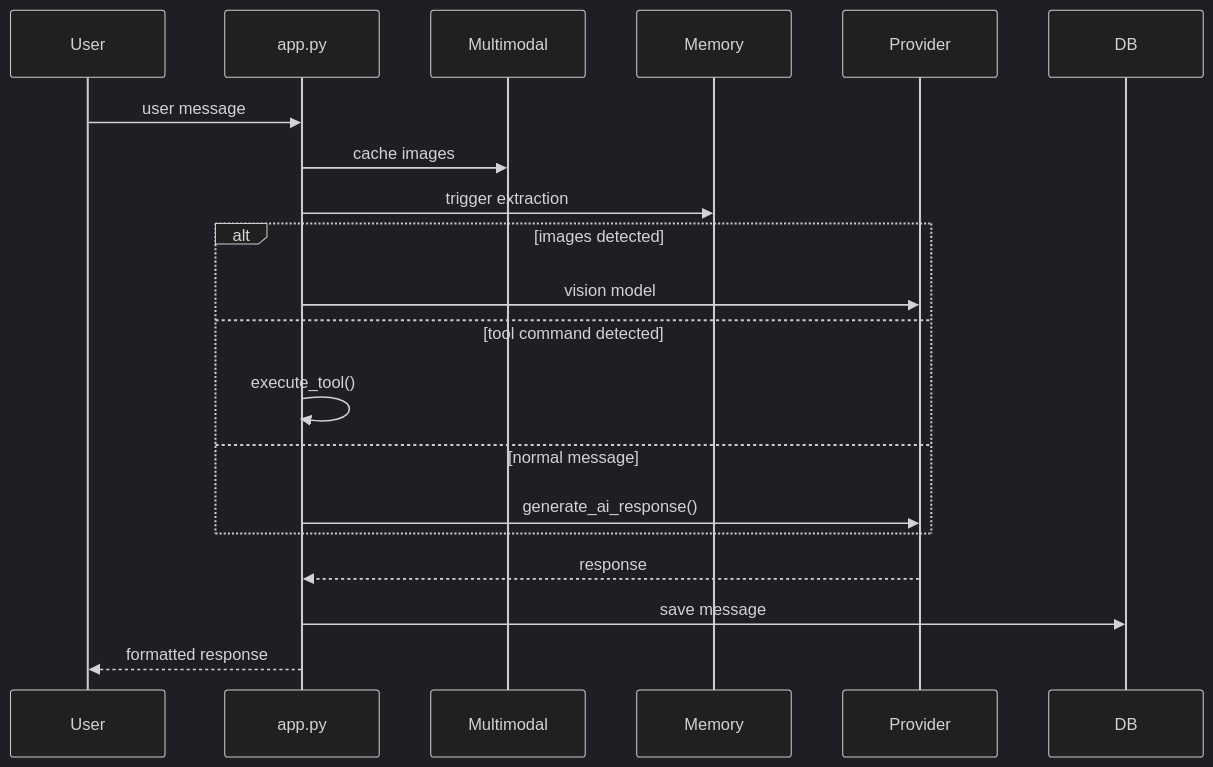
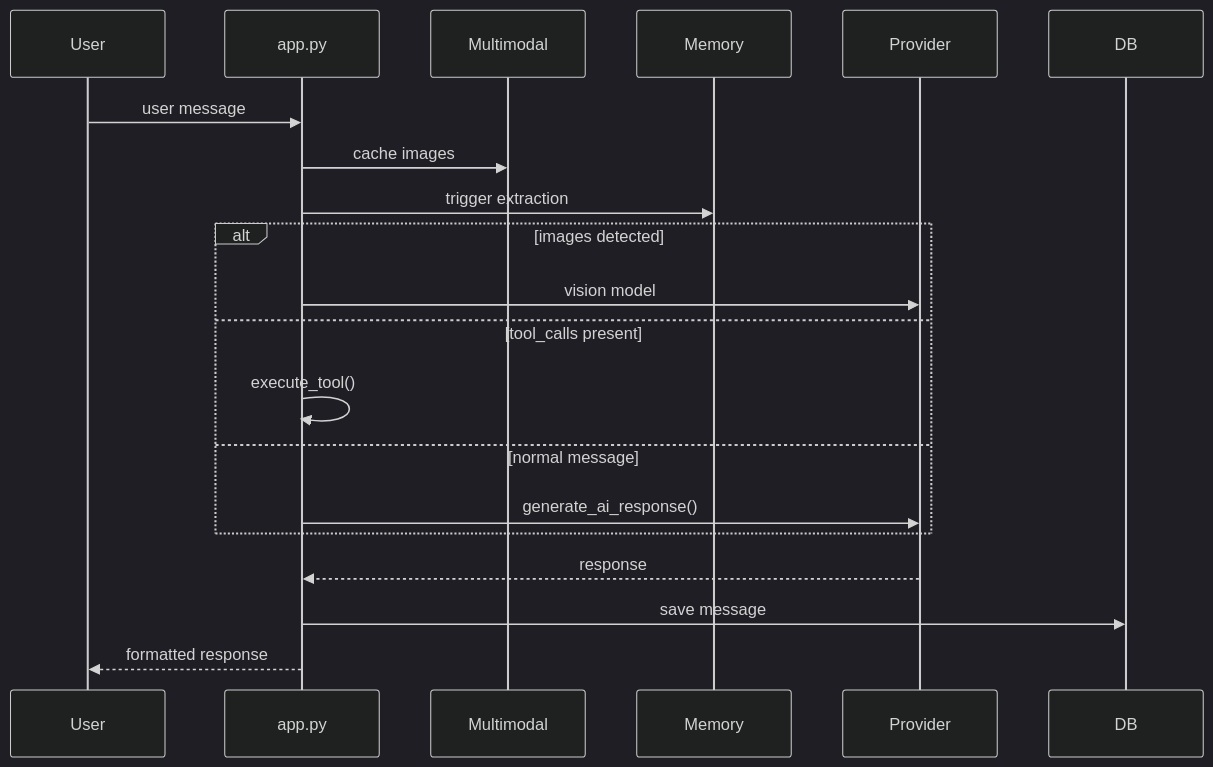
The third of 9 diagrams in app/README.md (icedeyes12/yuzu-companion), drawn with Mermaid (dark theme) before and after one commit. The commit also changed 1 other file, not shown here.

Commit message:
Document final tooling cleanup state

````diff
--- a/app/README.md
+++ b/app/README.md
@@ -102,23 +102,23 @@
 ```mermaid
 sequenceDiagram
     participant User
     participant app.py
     participant Multimodal
     participant Memory
     participant Provider
     participant DB
     
     User->>app.py: user message
     app.py->>Multimodal: cache images
     app.py->>Memory: trigger extraction
     alt images detected
         app.py->>Provider: vision model
-    else tool command detected
+    else tool_calls present
         app.py->>app.py: execute_tool()
     else normal message
         app.py->>Provider: generate_ai_response()
     end
     Provider-->>app.py: response
     app.py->>DB: save message
     app.py-->>User: formatted response
 ```
````
